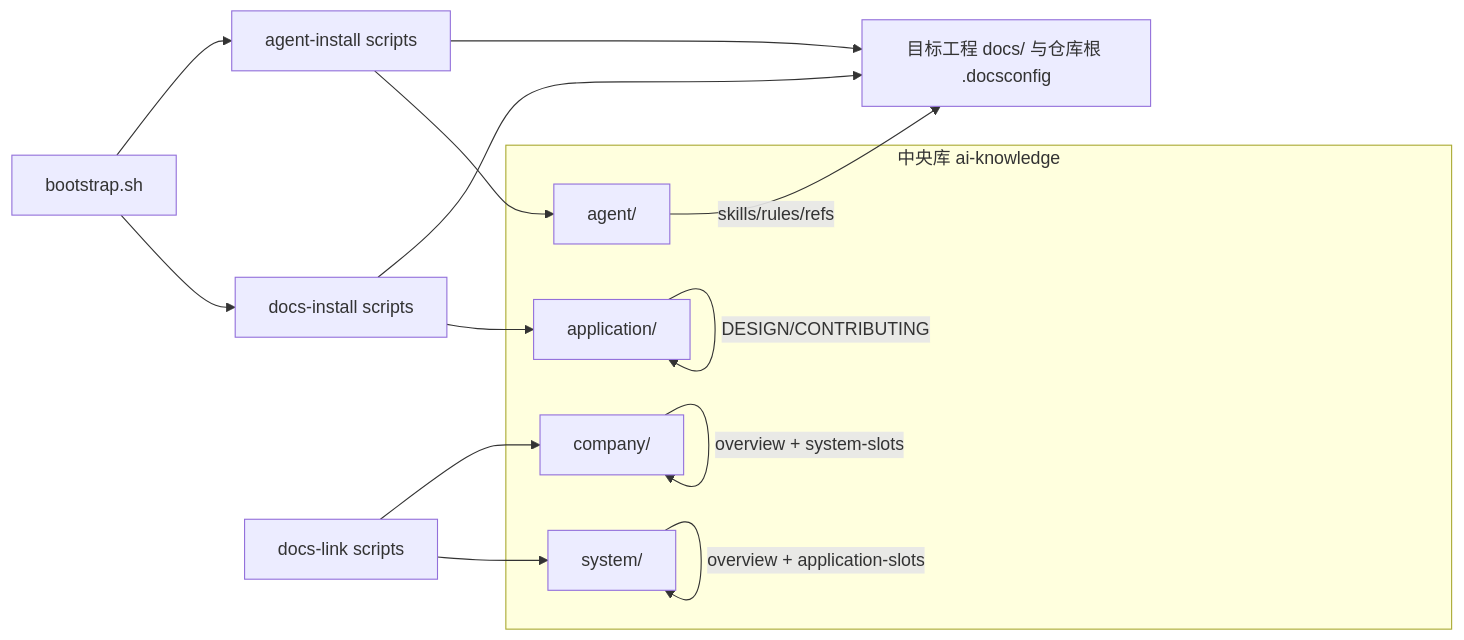
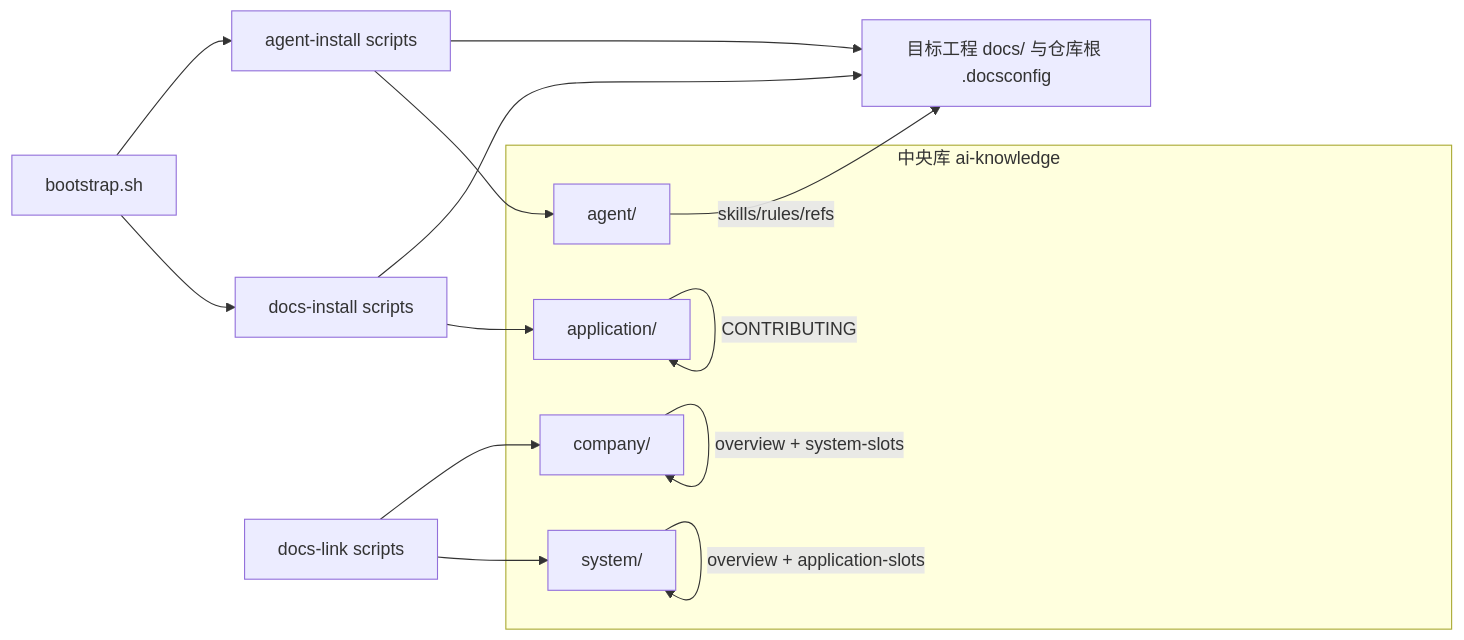
Before and after one commit to oleewen/ai-knowledge: the first of 2 diagrams in INDEX-GUIDE.md, drawn with Mermaid. The commit also changed other lines of this file and 43 other files, not shown here.

````diff
--- a/INDEX-GUIDE.md
+++ b/INDEX-GUIDE.md
@@ -88,26 +88,26 @@
 ```mermaid
 flowchart LR
   subgraph central["中央库 ai-knowledge"]
     app["application/"]
     ag["agent/"]
     sys["system/"]
     co["company/"]
   end
   tgt["目标工程 docs/ 与仓库根 .docsconfig"]
   boot["bootstrap.sh"]
   di["docs-install scripts"]
   ai["agent-install scripts"]
   dl["docs-link scripts"]
   boot --> di
   boot --> ai
   di --> app
   di --> tgt
   ai --> ag
   ai --> tgt
   dl --> sys
   dl --> co
-  app -->|"DESIGN/CONTRIBUTING"| app
+  app -->|"CONTRIBUTING"| app
   sys -->|"overview + application-slots"| sys
   co -->|"overview + system-slots"| co
   ag -->|"skills/rules/refs"| tgt
 ```
````
